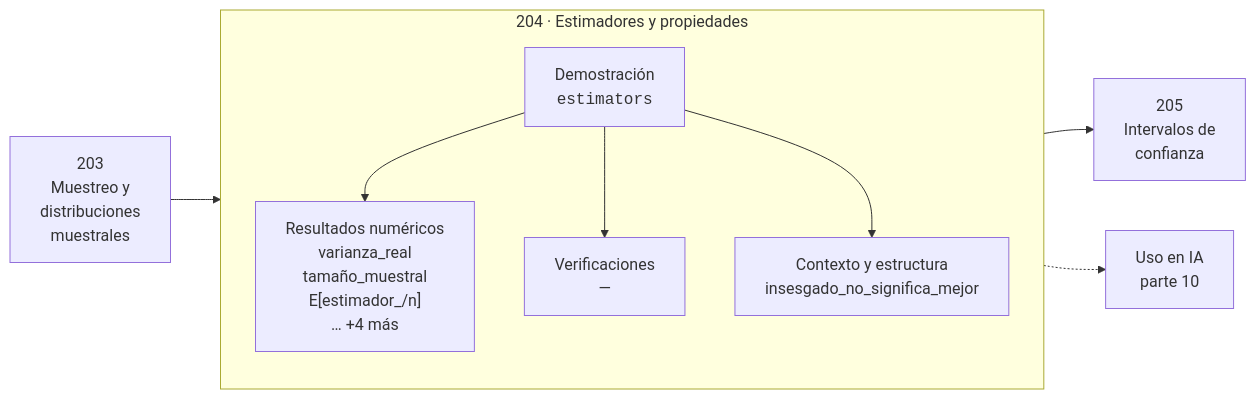
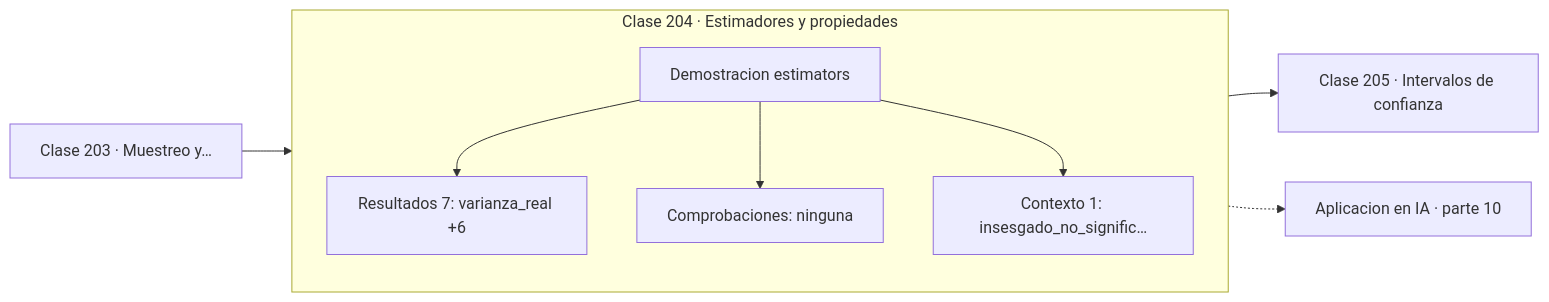
Before and after one commit to vladimiracunadev-create/computational-mathematics-program: the diagram in classes/part-10-estadistica-e-inferencia/204-estimadores-y-propiedades/README.md, drawn with Mermaid. The commit also changed 389 other files, not shown here.

First line of the commit message:
fix(diagramas): elimina el HTML de las etiquetas Mermaid

````diff
--- a/classes/part-10-estadistica-e-inferencia/204-estimadores-y-propiedades/README.md
+++ b/classes/part-10-estadistica-e-inferencia/204-estimadores-y-propiedades/README.md
@@ -30,12 +30,13 @@
 ```mermaid
 flowchart LR
-    P["203<br/>Muestreo y<br/>distribuciones<br/>muestrales"] --> C
-    subgraph C["204 · Estimadores y propiedades"]
+    P["Clase 203 · Muestreo y…"] --> D
+    subgraph CLASE["Clase 204 · Estimadores y propiedades"]
         direction TB
-        D["Demostración<br/><code>estimators</code>"] --> R["Resultados numéricos<br/>varianza_real<br/>tamaño_muestral<br/>E[estimador_/n]<br/>… +4 más"]
-        D --> V["Verificaciones<br/>—"]
-        D --> O["Contexto y estructura<br/>insesgado_no_significa_mejor"]
+        D["Demostracion estimators"]
+        D --> R["Resultados 7: varianza_real +6"]
+        D --> V["Comprobaciones: ninguna"]
+        D --> O["Contexto 1: insesgado_no_signific…"]
     end
-    C --> N["205<br/>Intervalos de<br/>confianza"]
-    C -.-> IA["Uso en IA<br/>parte 10"]
+    R --> N["Clase 205 · Intervalos de confianza"]
+    V -.-> IA["Aplicacion en IA · parte 10"]
 ```
````
